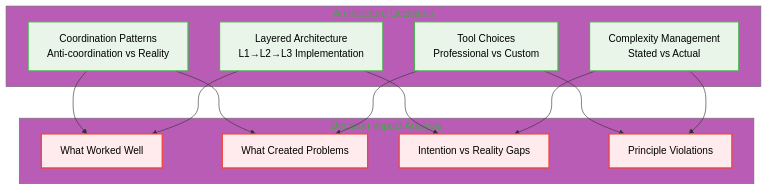
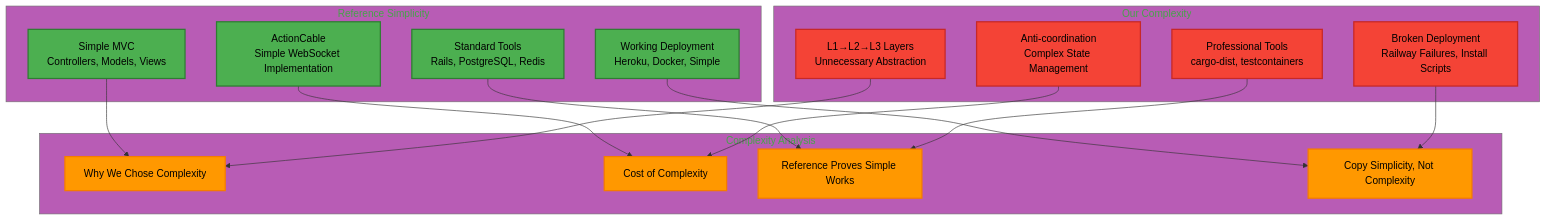
Before and after one commit to that-in-rust/campfire-on-rust: the third of 7 diagrams in .kiro/specs/S03-reflect-learn-improve-sop/design.md, drawn with Mermaid. The commit also changed other lines of this file and 2 other files, not shown here.

````diff
--- a/.kiro/specs/S03-reflect-learn-improve-sop/design.md
+++ b/.kiro/specs/S03-reflect-learn-improve-sop/design.md
@@ -121,32 +135,44 @@
 ```mermaid
 %%{init: {'theme':'base', 'themeVariables': {'primaryColor':'#4caf50','primaryTextColor':'#000000','primaryBorderColor':'#4caf50','lineColor':'#333333'}}}%%
 graph TD
-    subgraph "Architecture Decisions"
-        COORD[Coordination Patterns<br/>Anti-coordination vs Reality]
-        LAYERS[Layered Architecture<br/>L1→L2→L3 Implementation]
-        TOOLS[Tool Choices<br/>Professional vs Custom]
-        COMPLEXITY[Complexity Management<br/>Stated vs Actual]
+    subgraph "Reference Simplicity"
+        REF_MVC[Simple MVC<br/>Controllers, Models, Views]
+        REF_CABLE[ActionCable<br/>Simple WebSocket Implementation]
+        REF_TOOLS[Standard Tools<br/>Rails, PostgreSQL, Redis]
+        REF_DEPLOY[Working Deployment<br/>Heroku, Docker, Simple]
     end
     
-    subgraph "Decision Impact Analysis"
-        SUCCESS[What Worked Well]
-        FAILURE[What Created Problems]
-        GAPS[Intention vs Reality Gaps]
-        VIOLATIONS[Principle Violations]
+    subgraph "Our Complexity"
+        OUR_LAYERS[L1→L2→L3 Layers<br/>Unnecessary Abstraction]
+        OUR_COORD[Anti-coordination<br/>Complex State Management]
+        OUR_TOOLS[Professional Tools<br/>cargo-dist, testcontainers]
+        OUR_BROKEN[Broken Deployment<br/>Railway Failures, Install Scripts]
     end
     
-    COORD --> SUCCESS
-    COORD --> FAILURE
-    LAYERS --> SUCCESS
-    LAYERS --> GAPS
-    TOOLS --> FAILURE
-    TOOLS --> VIOLATIONS
-    COMPLEXITY --> GAPS
-    COMPLEXITY --> VIOLATIONS
+    subgraph "Complexity Analysis"
+        WHY_COMPLEX[Why We Chose Complexity]
+        COST_COMPLEX[Cost of Complexity]
+        SIMPLE_WORKS[Reference Proves Simple Works]
+        LESSON[Copy Simplicity, Not Complexity]
+    end
     
-    classDef decision fill:#e8f5e8,stroke:#4caf50,stroke-width:2px,color:#000000
-    classDef impact fill:#ffebee,stroke:#f44336,stroke-width:2px,color:#000000
+    REF_MVC --> WHY_COMPLEX
+    OUR_LAYERS --> WHY_COMPLEX
     
-    class COORD,LAYERS,TOOLS,COMPLEXITY decision
-    class SUCCESS,FAILURE,GAPS,VIOLATIONS impact
+    REF_CABLE --> COST_COMPLEX
+    OUR_COORD --> COST_COMPLEX
+    
+    REF_TOOLS --> SIMPLE_WORKS
+    OUR_TOOLS --> SIMPLE_WORKS
+    
+    REF_DEPLOY --> LESSON
+    OUR_BROKEN --> LESSON
+    
+    classDef reference fill:#4caf50,stroke:#2e7d32,stroke-width:2px,color:#000000
+    classDef complex fill:#f44336,stroke:#c62828,stroke-width:2px,color:#000000
+    classDef analysis fill:#ff9800,stroke:#f57c00,stroke-width:2px,color:#000000
+    
+    class REF_MVC,REF_CABLE,REF_TOOLS,REF_DEPLOY reference
+    class OUR_LAYERS,OUR_COORD,OUR_TOOLS,OUR_BROKEN complex
+    class WHY_COMPLEX,COST_COMPLEX,SIMPLE_WORKS,LESSON analysis
 ```
````
